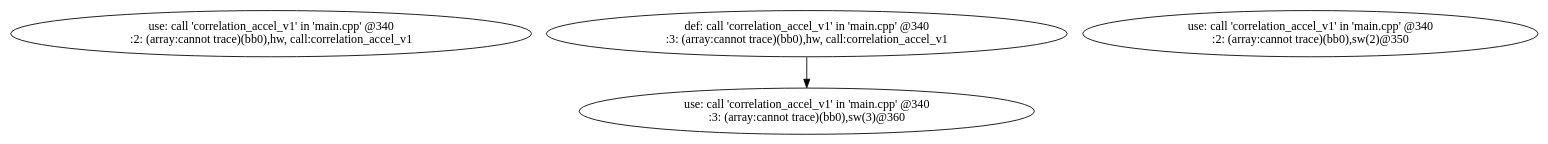
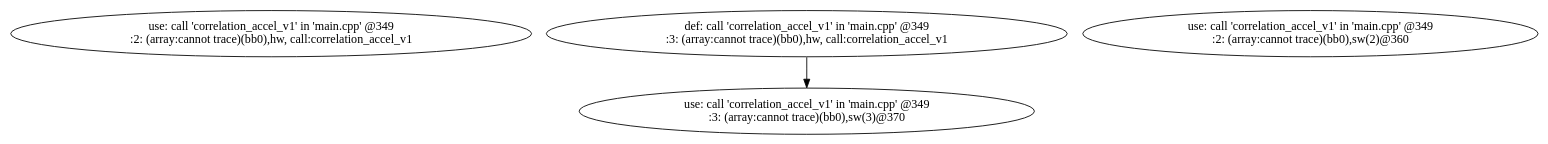
Before and after one commit to nguyencanhtrung/SDSoC: the diagram in workspace/correlation_ver1/correlation_ver1_linux/SDRelease/_sds/.llvm/_px_defuse_main.dot, drawn with Graphviz. The commit also changed 727 other files, not shown here.

```diff
--- a/workspace/correlation_ver1/correlation_ver1_linux/SDRelease/_sds/.llvm/_px_defuse_main.dot
+++ b/workspace/correlation_ver1/correlation_ver1_linux/SDRelease/_sds/.llvm/_px_defuse_main.dot
@@ -1,7 +1,7 @@
 digraph defuse_graph {
-v0 [label = "use: call 'correlation_accel_v1' in 'main.cpp' @340\n:2: (array:cannot trace)(bb0),hw, call:correlation_accel_v1"];
-v1 [label = "def: call 'correlation_accel_v1' in 'main.cpp' @340\n:3: (array:cannot trace)(bb0),hw, call:correlation_accel_v1"];
-v2 [label = "use: call 'correlation_accel_v1' in 'main.cpp' @340\n:2: (array:cannot trace)(bb0),sw(2)@350"];
-v3 [label = "use: call 'correlation_accel_v1' in 'main.cpp' @340\n:3: (array:cannot trace)(bb0),sw(3)@360"];
+v0 [label = "use: call 'correlation_accel_v1' in 'main.cpp' @349\n:2: (array:cannot trace)(bb0),hw, call:correlation_accel_v1"];
+v1 [label = "def: call 'correlation_accel_v1' in 'main.cpp' @349\n:3: (array:cannot trace)(bb0),hw, call:correlation_accel_v1"];
+v2 [label = "use: call 'correlation_accel_v1' in 'main.cpp' @349\n:2: (array:cannot trace)(bb0),sw(2)@360"];
+v3 [label = "use: call 'correlation_accel_v1' in 'main.cpp' @349\n:3: (array:cannot trace)(bb0),sw(3)@370"];
 v1 -> v3;
 }
```
